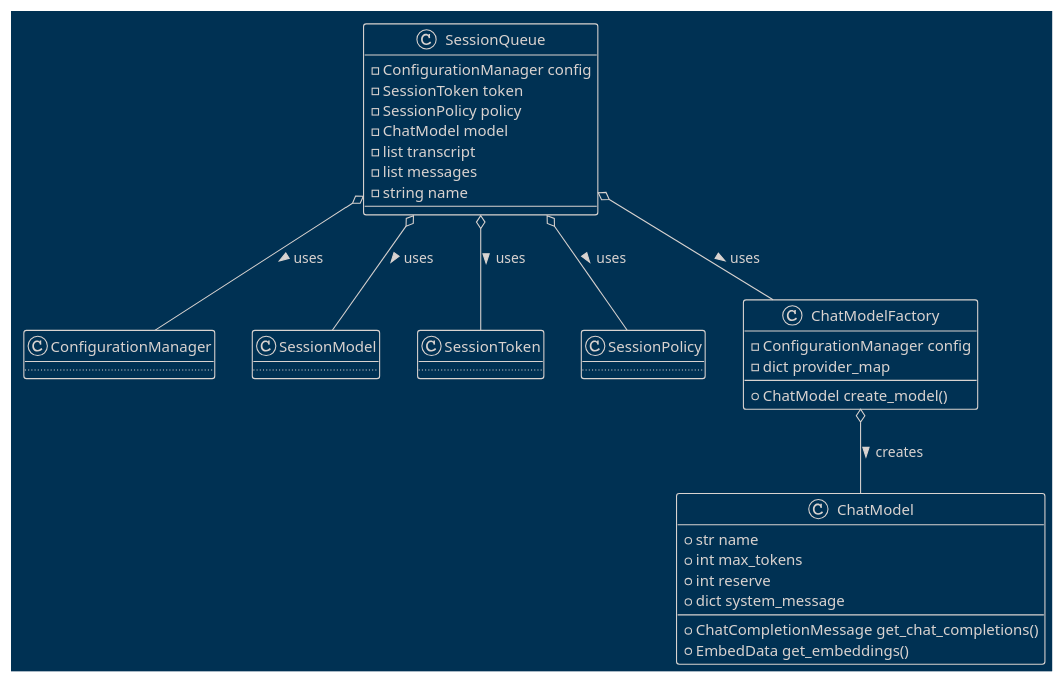
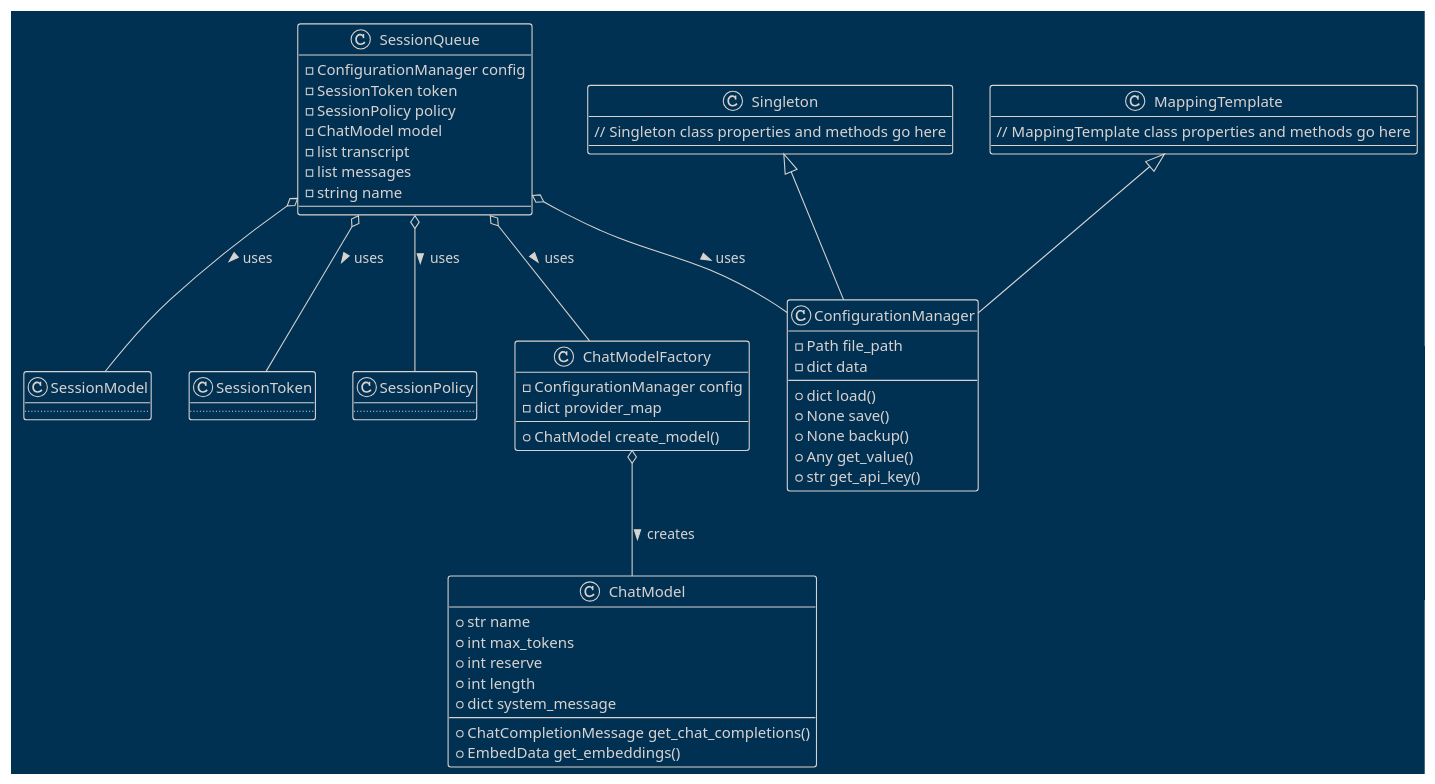
Before and after one commit to teleprint-me/py.gpt.prompt: the diagram in docs/diagrams/plantuml/session_queue.puml, drawn with PlantUML.

Commit message:
refactor: Add ConfigurationManager diagram

```diff
--- a/docs/diagrams/plantuml/session_queue.puml
+++ b/docs/diagrams/plantuml/session_queue.puml
@@ -1,55 +1,70 @@
 @startuml
 !theme blueprint
 
 ' Define classes
 
 class SessionQueue {
   - ConfigurationManager config
   - SessionToken token
   - SessionPolicy policy
   - ChatModel model
   - list transcript
   - list messages
   - string name
 }
 
-class ConfigurationManager {
-  ..
+class Singleton {
+  // Singleton class properties and methods go here
+}
+
+class MappingTemplate {
+  // MappingTemplate class properties and methods go here
+}
+
+class ConfigurationManager extends Singleton, MappingTemplate {
+  - Path file_path
+  - dict data
+  + dict load()
+  + None save()
+  + None backup()
+  + Any get_value()
+  + str get_api_key()
 }
 
 class SessionModel {
   ..
 }
 
 class SessionToken {
   ..
 }
 
 class SessionPolicy {
   ..
 }
 
 class ChatModelFactory {
   - ConfigurationManager config
   - dict provider_map
   + ChatModel create_model()
 }
 
 class ChatModel {
   + str name
   + int max_tokens
   + int reserve
+  + int length
   + dict system_message
   + ChatCompletionMessage get_chat_completions()
   + EmbedData get_embeddings()
 }
 
 ' Define relationships
 
 SessionQueue o-- ConfigurationManager : uses >
 SessionQueue o-- SessionModel : uses >
 SessionQueue o-- SessionToken : uses >
 SessionQueue o-- SessionPolicy : uses >
 SessionQueue o-- ChatModelFactory : uses >
 ChatModelFactory o-- ChatModel : creates >
 @enduml
```
